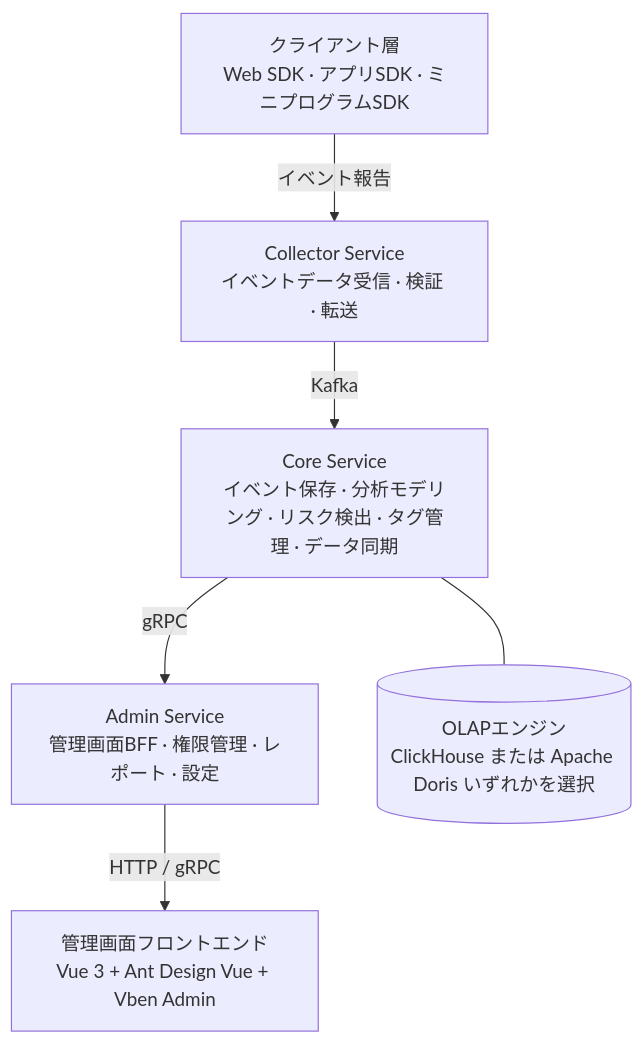
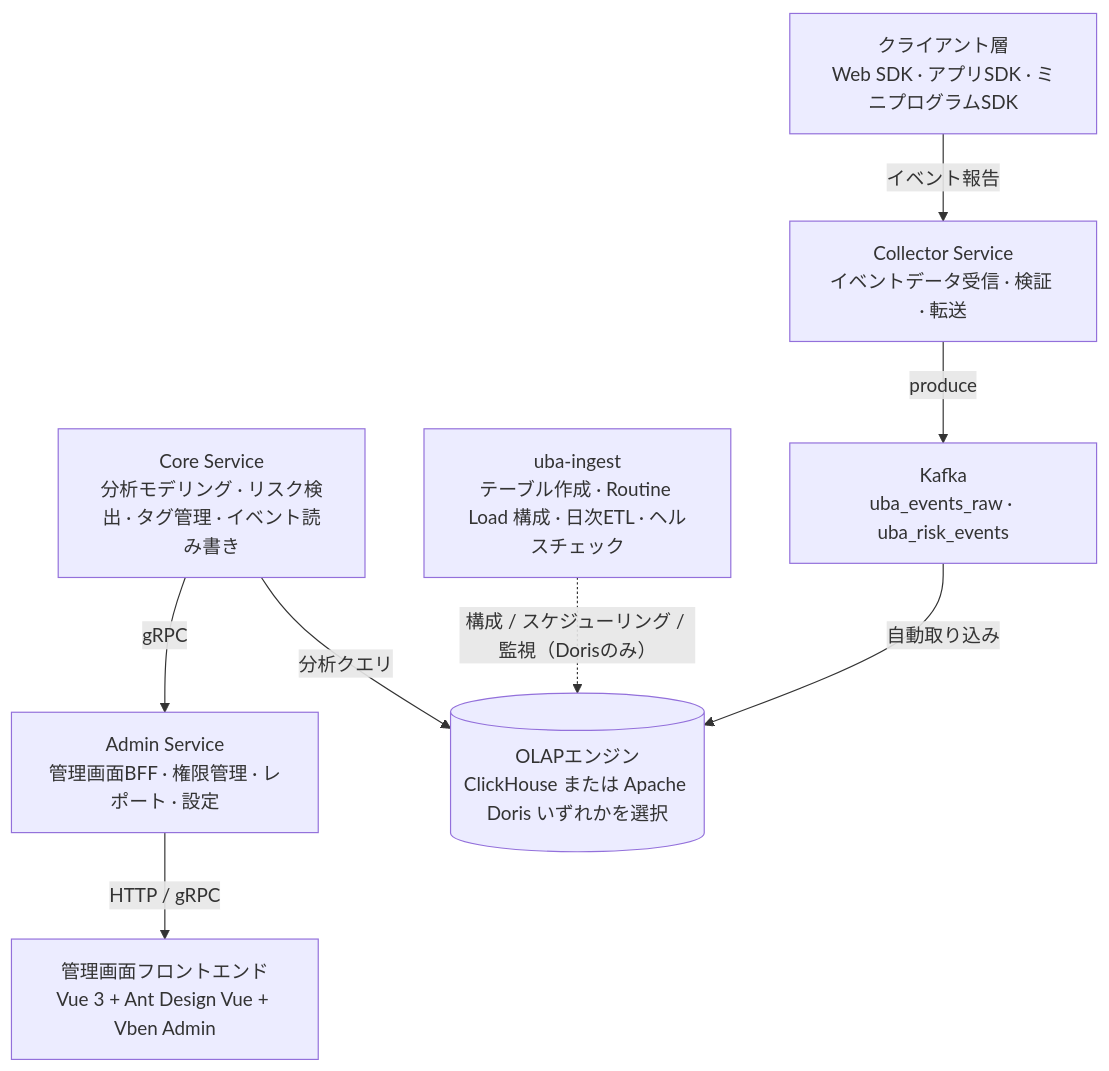
Before and after one commit to tx7do/go-wind-uba: the diagram in README_ja.md, drawn with Mermaid. The commit also changed other lines of this file and 12 other files, not shown here.

First line of the commit message:
docs: 三语 README 与各级文档补齐入仓链路（Routine Load / uba-ingest）

````diff
--- a/README_ja.md
+++ b/README_ja.md
@@ -133,14 +133,19 @@
 ```mermaid
 graph TB
     SDK["クライアント層<br/>Web SDK · アプリSDK · ミニプログラムSDK"]
     Collector["Collector Service<br/>イベントデータ受信 · 検証 · 転送"]
-    Core["Core Service<br/>イベント保存 · 分析モデリング · リスク検出 · タグ管理 · データ同期"]
+    Kafka["Kafka<br/>uba_events_raw · uba_risk_events"]
+    Core["Core Service<br/>分析モデリング · リスク検出 · タグ管理 · イベント読み書き"]
     Admin["Admin Service<br/>管理画面BFF · 権限管理 · レポート · 設定"]
     Frontend["管理画面フロントエンド<br/>Vue 3 + Ant Design Vue + Vben Admin"]
+    Ingest["uba-ingest<br/>テーブル作成 · Routine Load 構成 · 日次ETL · ヘルスチェック"]
+    OLAP[(OLAPエンジン<br/>ClickHouse または Apache Doris いずれかを選択)]
 
     SDK -->|"イベント報告"| Collector
-    Collector -->|"Kafka"| Core
-    Core --- OLAP[(OLAPエンジン<br/>ClickHouse または Apache Doris いずれかを選択)]
+    Collector -->|"produce"| Kafka
+    Kafka -->|"自動取り込み"| OLAP
+    Ingest -.->|"構成 / スケジューリング / 監視（Dorisのみ）"| OLAP
+    Core -->|"分析クエリ"| OLAP
     Core -->|"gRPC"| Admin
     Admin -->|"HTTP / gRPC"| Frontend
 ```
````
